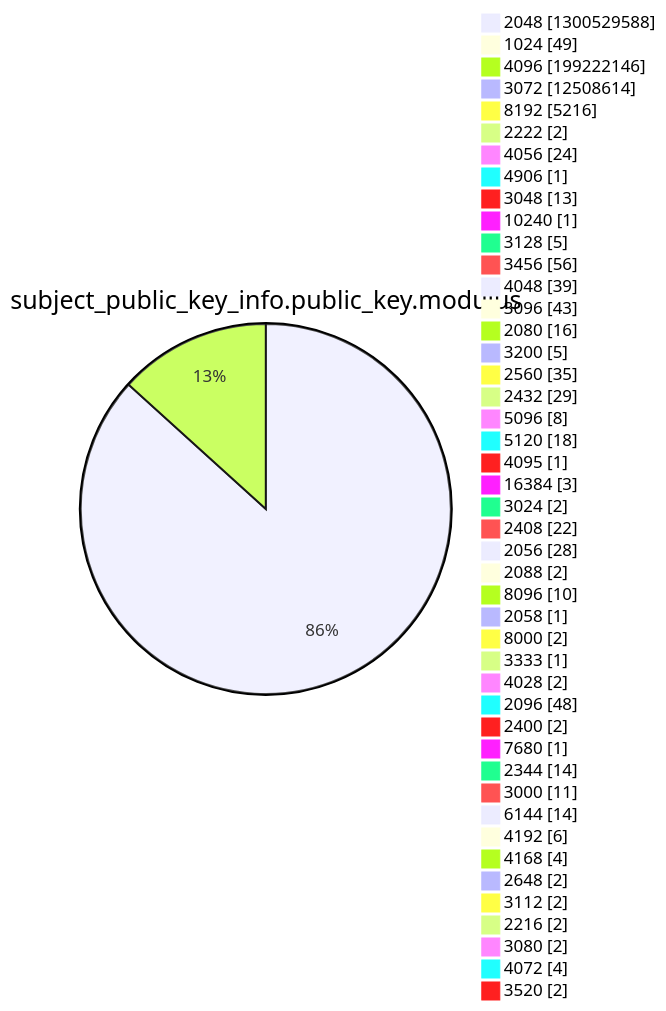
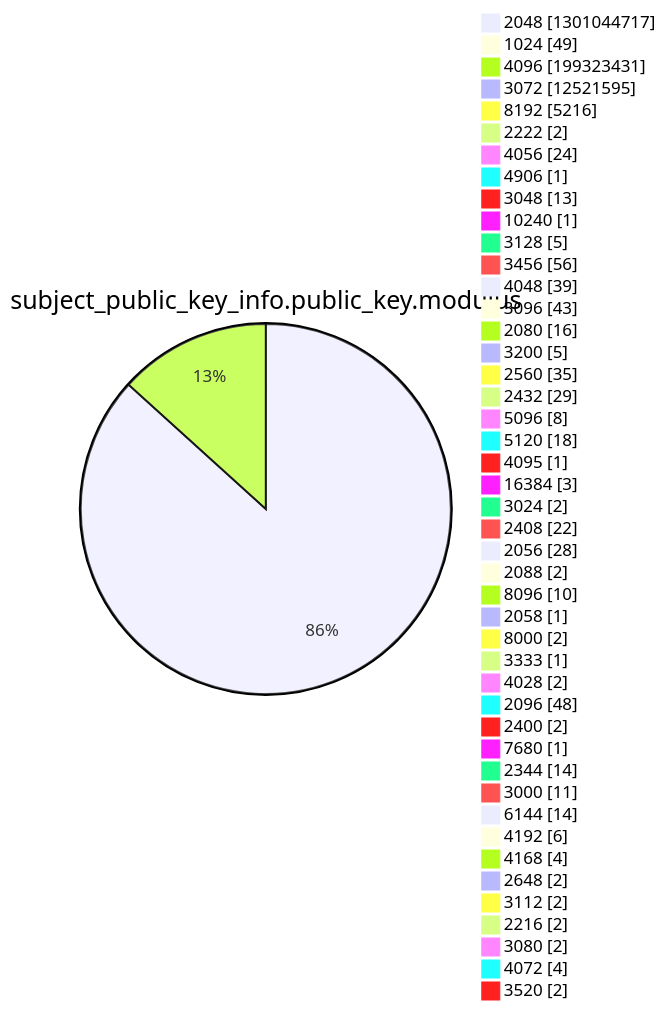
One commit to christiankrug/ctmonitor_visualization changed diagram 13 of 15 in xenon2022/README.md. Above: the diagram before and after it, drawn with Mermaid. The commit also changed other lines of this file, not shown here.

````diff
--- a/xenon2022/README.md
+++ b/xenon2022/README.md
@@ -3923,49 +3924,49 @@
 ```mermaid
 pie showData
 title subject_public_key_info.public_key.modulus
-"2048" :1300529588
+"2048" :1301044717
 "1024" :49
-"4096" :199222146
-"3072" :12508614
+"4096" :199323431
+"3072" :12521595
 "8192" :5216
 "2222" :2
 "4056" :24
 "4906" :1
 "3048" :13
 "10240" :1
 "3128" :5
 "3456" :56
 "4048" :39
 "3096" :43
 "2080" :16
 "3200" :5
 "2560" :35
 "2432" :29
 "5096" :8
 "5120" :18
 "4095" :1
 "16384" :3
 "3024" :2
 "2408" :22
 "2056" :28
 "2088" :2
 "8096" :10
 "2058" :1
 "8000" :2
 "3333" :1
 "4028" :2
 "2096" :48
 "2400" :2
 "7680" :1
 "2344" :14
 "3000" :11
 "6144" :14
 "4192" :6
 "4168" :4
 "2648" :2
 "3112" :2
 "2216" :2
 "3080" :2
 "4072" :4
 "3520" :2
 ```
````
